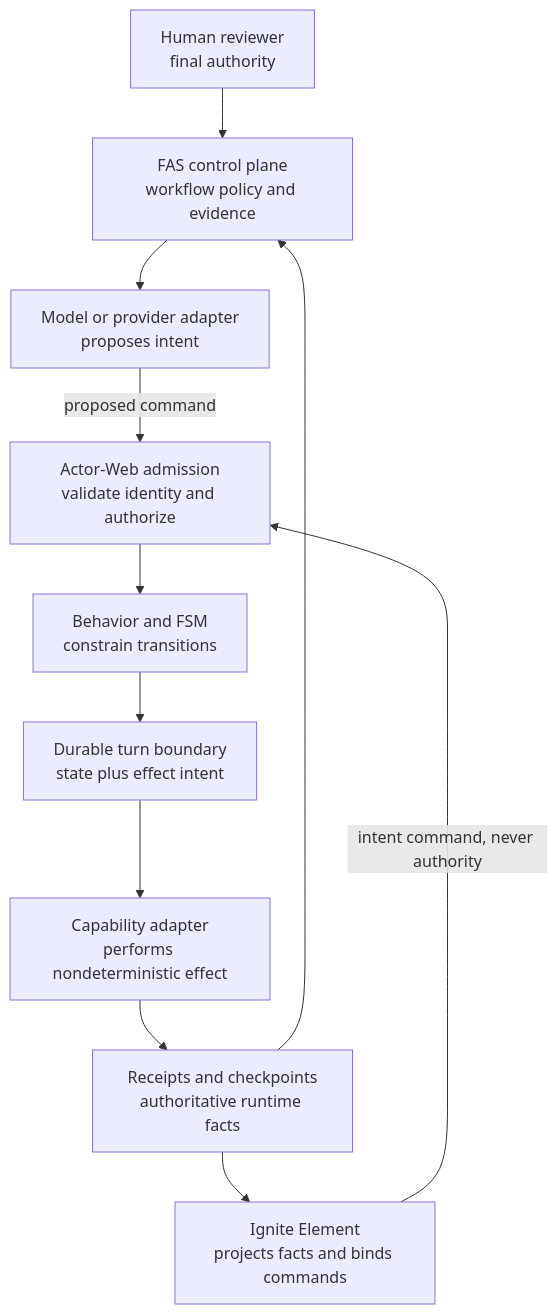
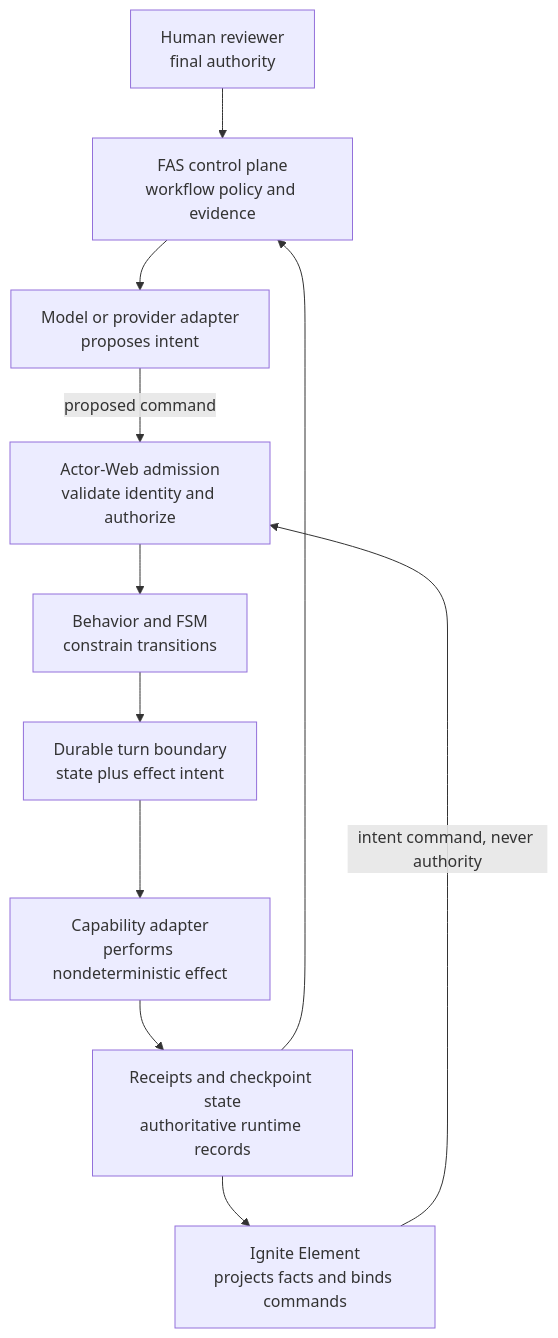
One commit to 0xjcf/actor-web changed the diagram in docs/actor-web-architecture-study-guide.md. Above: the diagram before and after it, drawn with Mermaid. The commit also changed 7 other files, not shown here.

````diff
--- a/docs/actor-web-architecture-study-guide.md
+++ b/docs/actor-web-architecture-study-guide.md
@@ -112,23 +112,23 @@
 ```mermaid
 flowchart TB
     Human["Human reviewer\nfinal authority"]
     FAS["FAS control plane\nworkflow policy and evidence"]
     Model["Model or provider adapter\nproposes intent"]
     Admission["Actor-Web admission\nvalidate identity and authorize"]
     Behavior["Behavior and FSM\nconstrain transitions"]
     Durable["Durable turn boundary\nstate plus effect intent"]
     Adapter["Capability adapter\nperforms nondeterministic effect"]
-    Facts["Receipts and checkpoints\nauthoritative runtime facts"]
+    Facts["Receipts and checkpoint state\nauthoritative runtime records"]
     Ignite["Ignite Element\nprojects facts and binds commands"]
 
     Human --> FAS
     FAS --> Model
     Model -->|proposed command| Admission
     Admission --> Behavior
     Behavior --> Durable
     Durable --> Adapter
     Adapter --> Facts
     Facts --> FAS
     Facts --> Ignite
     Ignite -->|intent command, never authority| Admission
 ```
````
